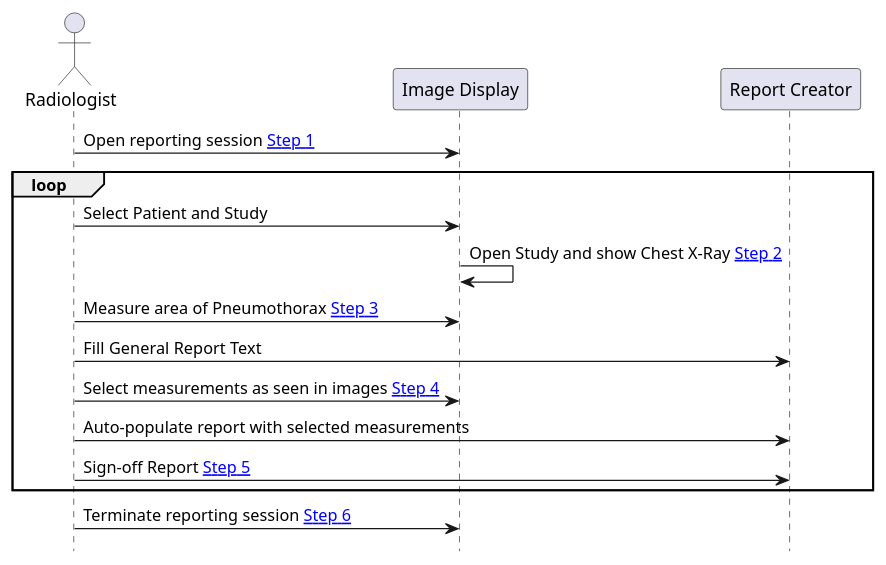
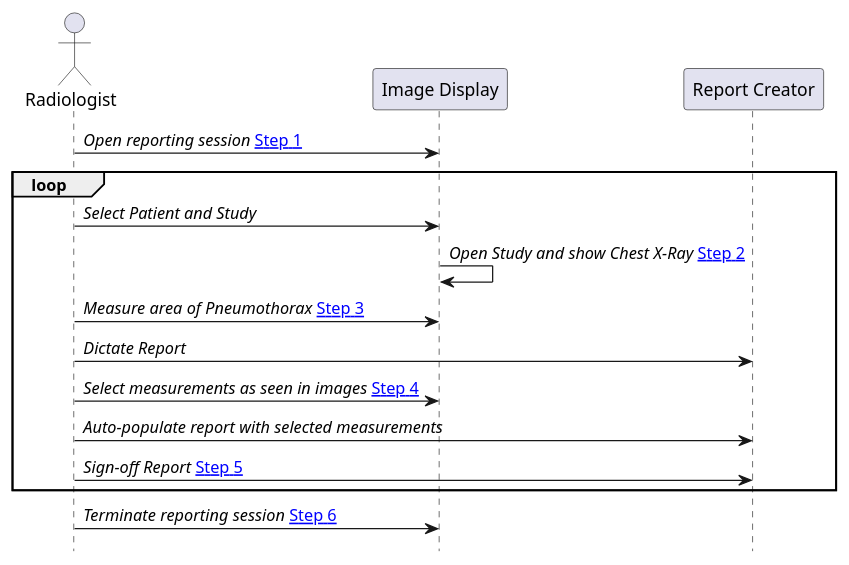
One commit to IHE/RAD.IRA changed the diagram in input/images-source/ReportingFlow.plantuml. Above: the diagram before and after it, drawn with PlantUML.

Commit message:
Change all flows to italic. Change Fill General Report Text to Dictate Report.

```diff
--- a/input/images-source/ReportingFlow.plantuml
+++ b/input/images-source/ReportingFlow.plantuml
@@ -1,23 +1,23 @@
 @startuml
 
 hide footbox
 
 actor Radiologist as User
 participant "Image Display" as PACS
 participant "Report Creator" as Report
 
-User -> PACS: Open reporting session [[volume-1.html#1xx42121-step-1-open-reporting-session Step 1]]
+User -> PACS: //Open reporting session// [[volume-1.html#1xx42121-step-1-open-reporting-session Step 1]]
 
 loop
-User -> PACS: Select Patient and Study
-PACS -> PACS: Open Study and show Chest X-Ray [[volume-1.html#1xx42122-step-2-open-study-in-context Step 2]]
-User -> PACS: Measure area of Pneumothorax [[volume-1.html#1xx42123-step-3-add-content-optional Step 3]]
-User -> Report: Fill General Report Text
-User -> PACS: Select measurements as seen in images [[volume-1.html#1xx42124-step-4-select-content-optional Step 4]]
-User -> Report: Auto-populate report with selected measurements
-User -> Report: Sign-off Report [[volume-1.html#1xx42125-step-5-sign-off-report Step 5]]
+User -> PACS: //Select Patient and Study//
+PACS -> PACS: //Open Study and show Chest X-Ray// [[volume-1.html#1xx42122-step-2-open-study-in-context Step 2]]
+User -> PACS: //Measure area of Pneumothorax// [[volume-1.html#1xx42123-step-3-add-content-optional Step 3]]
+User -> Report: //Dictate Report//
+User -> PACS: //Select measurements as seen in images// [[volume-1.html#1xx42124-step-4-select-content-optional Step 4]]
+User -> Report: //Auto-populate report with selected measurements//
+User -> Report: //Sign-off Report// [[volume-1.html#1xx42125-step-5-sign-off-report Step 5]]
 end
 
-User->PACS: Terminate reporting session [[volume-1.html#1xx42126-step-6-terminate-reporting-session Step 6]]
+User->PACS: //Terminate reporting session// [[volume-1.html#1xx42126-step-6-terminate-reporting-session Step 6]]
 
 @enduml
```
